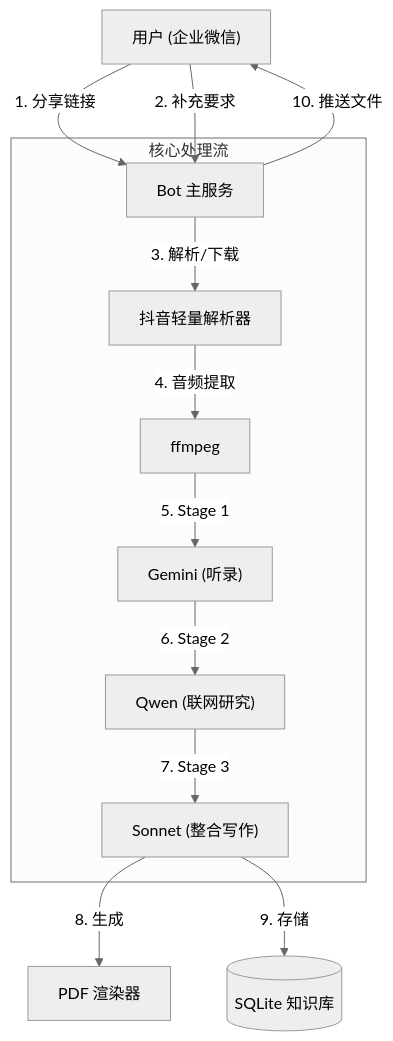
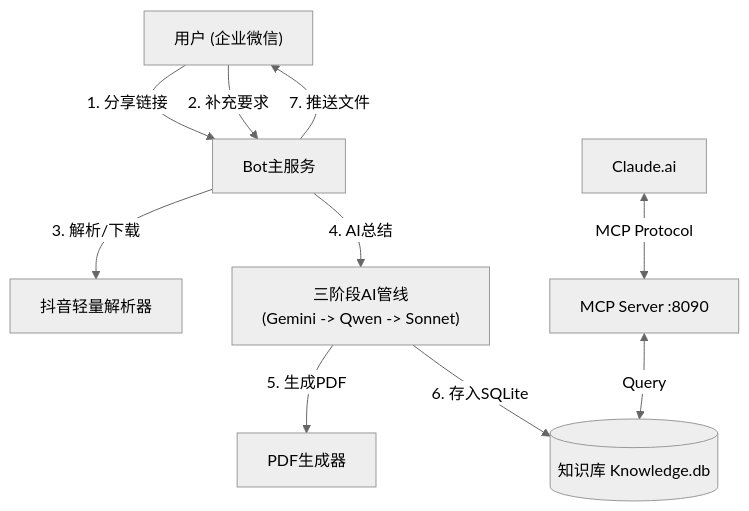
Before and after one commit to skepty2333/Douyin-full-stack-summarizer: the diagram in README.md, drawn with Mermaid (neutral theme).

Commit message:
docs: revert architecture diagram to compact format

````diff
--- a/README.md
+++ b/README.md
@@ -48,19 +48,14 @@
 ```mermaid
 graph TD
-    User["用户 (企业微信)"] -->|1. 分享链接| Server["Bot 主服务"]
+    User["用户 (企业微信)"] -->|1. 分享链接| Server["Bot主服务"]
     User -->|2. 补充要求| Server
+    Server -->|3. 解析/下载| Parser["抖音轻量解析器"]
+    Server -->|4. AI总结| AI["三阶段AI管线\n(Gemini -> Qwen -> Sonnet)"]
+    AI -->|5. 生成PDF| PDF["PDF生成器"]
+    AI -->|6. 存入SQLite| DB[("知识库 Knowledge.db")]
     
-    subgraph "核心处理流"
-        Server -->|3. 解析/下载| Parser["抖音轻量解析器"]
-        Parser -->|4. 音频提取| Audio["ffmpeg"]
-        
-        Audio -->|5. Stage 1| Gemini["Gemini (听录)"]
-        Gemini -->|6. Stage 2| Qwen["Qwen (联网研究)"]
-        Qwen -->|7. Stage 3| Sonnet["Sonnet (整合写作)"]
-    end
+    Claude["Claude.ai"] <-->|MCP Protocol| MCPServer["MCP Server :8090"]
+    MCPServer <-->|Query| DB
     
-    Sonnet -->|8. 生成| PDF["PDF 渲染器"]
-    Sonnet -->|9. 存储| DB[("SQLite 知识库")]
-    
-    Server -->|10. 推送文件| User
+    Server -->|7. 推送文件| User
 ```
````
